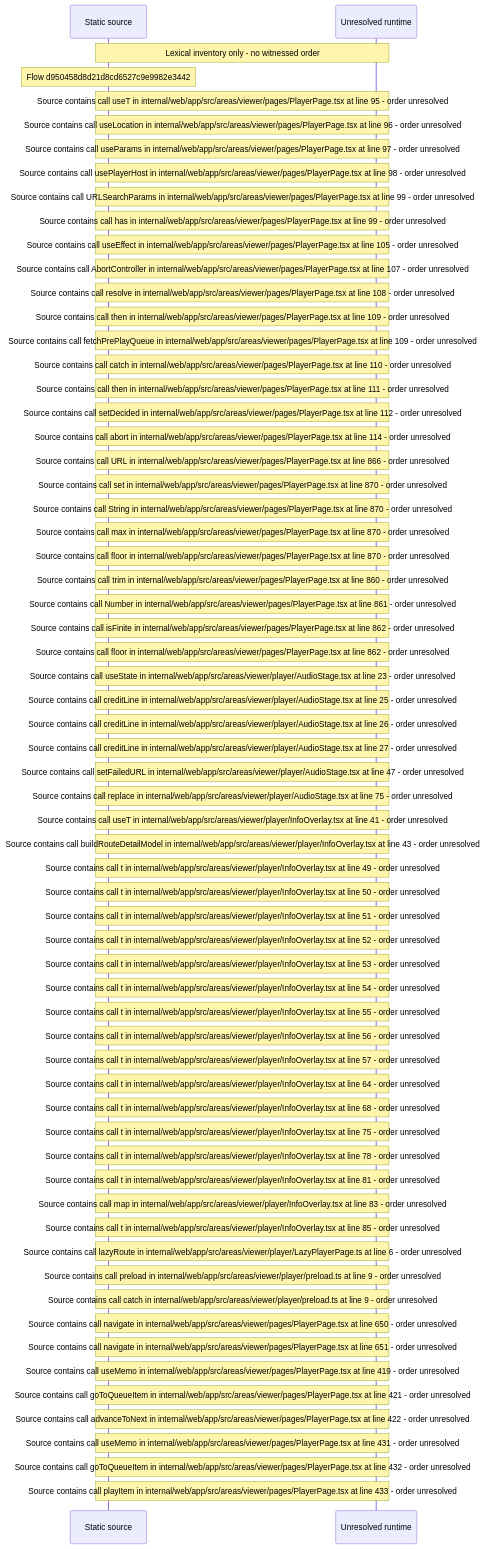
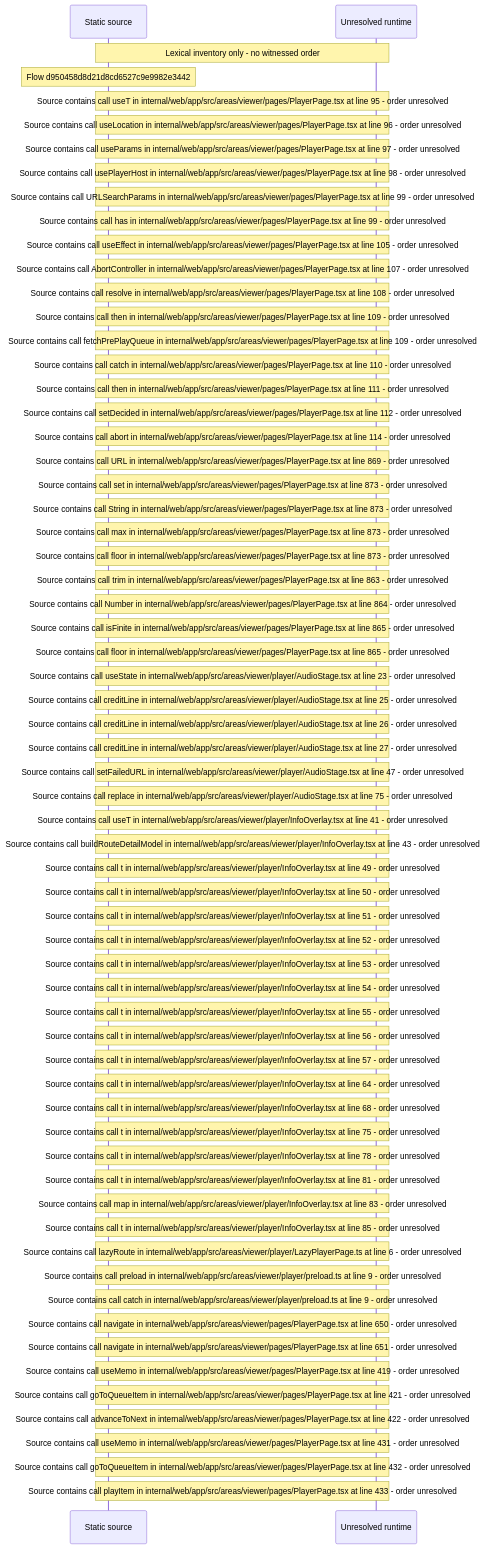
Before and after one commit to beamfall/core: the diagram in docs/web/flows/generated/d950458d8d21d8cd6527c9e9982e3442/flow-diagram.md, drawn with Mermaid. The commit also changed other lines of this file and 715 other files, not shown here.

Commit message:
Regenerate the web flow record with every inventory member resolved (CORE-1762)

````diff
--- a/docs/web/flows/generated/d950458d8d21d8cd6527c9e9982e3442/flow-diagram.md
+++ b/docs/web/flows/generated/d950458d8d21d8cd6527c9e9982e3442/flow-diagram.md
@@ -10,66 +10,66 @@
 ```mermaid
 sequenceDiagram
     participant S as Static source
     participant U as Unresolved runtime
     Note over S,U: Lexical inventory only - no witnessed order
     Note over S: Flow d950458d8d21d8cd6527c9e9982e3442
     Note over S,U: Source contains call useT in internal/web/app/src/areas/viewer/pages/PlayerPage.tsx at line 95 - order unresolved
     Note over S,U: Source contains call useLocation in internal/web/app/src/areas/viewer/pages/PlayerPage.tsx at line 96 - order unresolved
     Note over S,U: Source contains call useParams in internal/web/app/src/areas/viewer/pages/PlayerPage.tsx at line 97 - order unresolved
     Note over S,U: Source contains call usePlayerHost in internal/web/app/src/areas/viewer/pages/PlayerPage.tsx at line 98 - order unresolved
     Note over S,U: Source contains call URLSearchParams in internal/web/app/src/areas/viewer/pages/PlayerPage.tsx at line 99 - order unresolved
     Note over S,U: Source contains call has in internal/web/app/src/areas/viewer/pages/PlayerPage.tsx at line 99 - order unresolved
     Note over S,U: Source contains call useEffect in internal/web/app/src/areas/viewer/pages/PlayerPage.tsx at line 105 - order unresolved
     Note over S,U: Source contains call AbortController in internal/web/app/src/areas/viewer/pages/PlayerPage.tsx at line 107 - order unresolved
     Note over S,U: Source contains call resolve in internal/web/app/src/areas/viewer/pages/PlayerPage.tsx at line 108 - order unresolved
     Note over S,U: Source contains call then in internal/web/app/src/areas/viewer/pages/PlayerPage.tsx at line 109 - order unresolved
     Note over S,U: Source contains call fetchPrePlayQueue in internal/web/app/src/areas/viewer/pages/PlayerPage.tsx at line 109 - order unresolved
     Note over S,U: Source contains call catch in internal/web/app/src/areas/viewer/pages/PlayerPage.tsx at line 110 - order unresolved
     Note over S,U: Source contains call then in internal/web/app/src/areas/viewer/pages/PlayerPage.tsx at line 111 - order unresolved
     Note over S,U: Source contains call setDecided in internal/web/app/src/areas/viewer/pages/PlayerPage.tsx at line 112 - order unresolved
     Note over S,U: Source contains call abort in internal/web/app/src/areas/viewer/pages/PlayerPage.tsx at line 114 - order unresolved
-    Note over S,U: Source contains call URL in internal/web/app/src/areas/viewer/pages/PlayerPage.tsx at line 866 - order unresolved
-    Note over S,U: Source contains call set in internal/web/app/src/areas/viewer/pages/PlayerPage.tsx at line 870 - order unresolved
-    Note over S,U: Source contains call String in internal/web/app/src/areas/viewer/pages/PlayerPage.tsx at line 870 - order unresolved
-    Note over S,U: Source contains call max in internal/web/app/src/areas/viewer/pages/PlayerPage.tsx at line 870 - order unresolved
-    Note over S,U: Source contains call floor in internal/web/app/src/areas/viewer/pages/PlayerPage.tsx at line 870 - order unresolved
-    Note over S,U: Source contains call trim in internal/web/app/src/areas/viewer/pages/PlayerPage.tsx at line 860 - order unresolved
-    Note over S,U: Source contains call Number in internal/web/app/src/areas/viewer/pages/PlayerPage.tsx at line 861 - order unresolved
-    Note over S,U: Source contains call isFinite in internal/web/app/src/areas/viewer/pages/PlayerPage.tsx at line 862 - order unresolved
-    Note over S,U: Source contains call floor in internal/web/app/src/areas/viewer/pages/PlayerPage.tsx at line 862 - order unresolved
+    Note over S,U: Source contains call URL in internal/web/app/src/areas/viewer/pages/PlayerPage.tsx at line 869 - order unresolved
+    Note over S,U: Source contains call set in internal/web/app/src/areas/viewer/pages/PlayerPage.tsx at line 873 - order unresolved
+    Note over S,U: Source contains call String in internal/web/app/src/areas/viewer/pages/PlayerPage.tsx at line 873 - order unresolved
+    Note over S,U: Source contains call max in internal/web/app/src/areas/viewer/pages/PlayerPage.tsx at line 873 - order unresolved
+    Note over S,U: Source contains call floor in internal/web/app/src/areas/viewer/pages/PlayerPage.tsx at line 873 - order unresolved
+    Note over S,U: Source contains call trim in internal/web/app/src/areas/viewer/pages/PlayerPage.tsx at line 863 - order unresolved
+    Note over S,U: Source contains call Number in internal/web/app/src/areas/viewer/pages/PlayerPage.tsx at line 864 - order unresolved
+    Note over S,U: Source contains call isFinite in internal/web/app/src/areas/viewer/pages/PlayerPage.tsx at line 865 - order unresolved
+    Note over S,U: Source contains call floor in internal/web/app/src/areas/viewer/pages/PlayerPage.tsx at line 865 - order unresolved
     Note over S,U: Source contains call useState in internal/web/app/src/areas/viewer/player/AudioStage.tsx at line 23 - order unresolved
     Note over S,U: Source contains call creditLine in internal/web/app/src/areas/viewer/player/AudioStage.tsx at line 25 - order unresolved
     Note over S,U: Source contains call creditLine in internal/web/app/src/areas/viewer/player/AudioStage.tsx at line 26 - order unresolved
     Note over S,U: Source contains call creditLine in internal/web/app/src/areas/viewer/player/AudioStage.tsx at line 27 - order unresolved
     Note over S,U: Source contains call setFailedURL in internal/web/app/src/areas/viewer/player/AudioStage.tsx at line 47 - order unresolved
     Note over S,U: Source contains call replace in internal/web/app/src/areas/viewer/player/AudioStage.tsx at line 75 - order unresolved
     Note over S,U: Source contains call useT in internal/web/app/src/areas/viewer/player/InfoOverlay.tsx at line 41 - order unresolved
     Note over S,U: Source contains call buildRouteDetailModel in internal/web/app/src/areas/viewer/player/InfoOverlay.tsx at line 43 - order unresolved
     Note over S,U: Source contains call t in internal/web/app/src/areas/viewer/player/InfoOverlay.tsx at line 49 - order unresolved
     Note over S,U: Source contains call t in internal/web/app/src/areas/viewer/player/InfoOverlay.tsx at line 50 - order unresolved
     Note over S,U: Source contains call t in internal/web/app/src/areas/viewer/player/InfoOverlay.tsx at line 51 - order unresolved
     Note over S,U: Source contains call t in internal/web/app/src/areas/viewer/player/InfoOverlay.tsx at line 52 - order unresolved
     Note over S,U: Source contains call t in internal/web/app/src/areas/viewer/player/InfoOverlay.tsx at line 53 - order unresolved
     Note over S,U: Source contains call t in internal/web/app/src/areas/viewer/player/InfoOverlay.tsx at line 54 - order unresolved
     Note over S,U: Source contains call t in internal/web/app/src/areas/viewer/player/InfoOverlay.tsx at line 55 - order unresolved
     Note over S,U: Source contains call t in internal/web/app/src/areas/viewer/player/InfoOverlay.tsx at line 56 - order unresolved
     Note over S,U: Source contains call t in internal/web/app/src/areas/viewer/player/InfoOverlay.tsx at line 57 - order unresolved
     Note over S,U: Source contains call t in internal/web/app/src/areas/viewer/player/InfoOverlay.tsx at line 64 - order unresolved
     Note over S,U: Source contains call t in internal/web/app/src/areas/viewer/player/InfoOverlay.tsx at line 68 - order unresolved
     Note over S,U: Source contains call t in internal/web/app/src/areas/viewer/player/InfoOverlay.tsx at line 75 - order unresolved
     Note over S,U: Source contains call t in internal/web/app/src/areas/viewer/player/InfoOverlay.tsx at line 78 - order unresolved
     Note over S,U: Source contains call t in internal/web/app/src/areas/viewer/player/InfoOverlay.tsx at line 81 - order unresolved
     Note over S,U: Source contains call map in internal/web/app/src/areas/viewer/player/InfoOverlay.tsx at line 83 - order unresolved
     Note over S,U: Source contains call t in internal/web/app/src/areas/viewer/player/InfoOverlay.tsx at line 85 - order unresolved
     Note over S,U: Source contains call lazyRoute in internal/web/app/src/areas/viewer/player/LazyPlayerPage.ts at line 6 - order unresolved
     Note over S,U: Source contains call preload in internal/web/app/src/areas/viewer/player/preload.ts at line 9 - order unresolved
     Note over S,U: Source contains call catch in internal/web/app/src/areas/viewer/player/preload.ts at line 9 - order unresolved
     Note over S,U: Source contains call navigate in internal/web/app/src/areas/viewer/pages/PlayerPage.tsx at line 650 - order unresolved
     Note over S,U: Source contains call navigate in internal/web/app/src/areas/viewer/pages/PlayerPage.tsx at line 651 - order unresolved
     Note over S,U: Source contains call useMemo in internal/web/app/src/areas/viewer/pages/PlayerPage.tsx at line 419 - order unresolved
     Note over S,U: Source contains call goToQueueItem in internal/web/app/src/areas/viewer/pages/PlayerPage.tsx at line 421 - order unresolved
     Note over S,U: Source contains call advanceToNext in internal/web/app/src/areas/viewer/pages/PlayerPage.tsx at line 422 - order unresolved
     Note over S,U: Source contains call useMemo in internal/web/app/src/areas/viewer/pages/PlayerPage.tsx at line 431 - order unresolved
     Note over S,U: Source contains call goToQueueItem in internal/web/app/src/areas/viewer/pages/PlayerPage.tsx at line 432 - order unresolved
     Note over S,U: Source contains call playItem in internal/web/app/src/areas/viewer/pages/PlayerPage.tsx at line 433 - order unresolved
 ```
````
